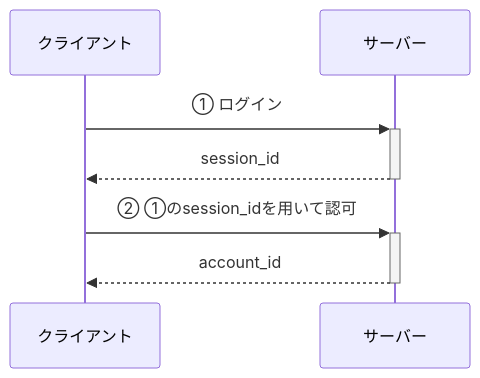
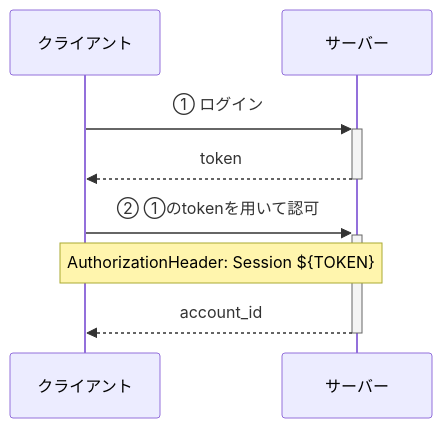
The diagram in docs/design-docs/features/auth.md (atsumarukun/holos-account-api), drawn with Mermaid before and after one commit. The commit also changed other lines of this file, not shown here.

````diff
--- a/docs/design-docs/features/auth.md
+++ b/docs/design-docs/features/auth.md
@@ -27,10 +27,11 @@
 ```mermaid
 sequenceDiagram
   participant client as クライアント
   participant server as サーバー
 
   client ->>+ server: ① ログイン
-  server -->>- client: session_id
-  client ->>+ server: ② ①のsession_idを用いて認可
+  server -->>- client: token
+  client ->>+ server: ② ①のtokenを用いて認可
+  Note over client, server: AuthorizationHeader: Session ${TOKEN}
   server -->>- client: account_id
 ```
````
